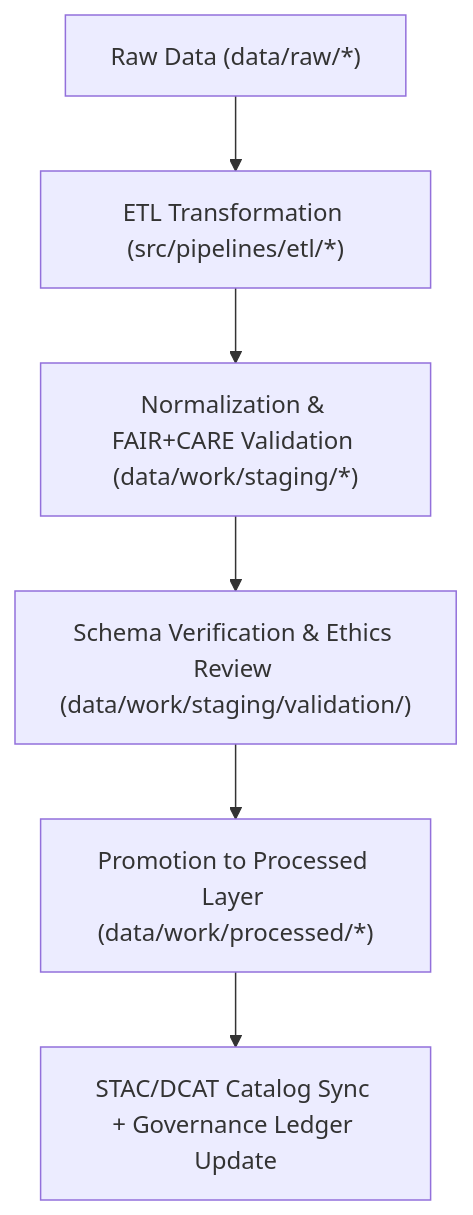
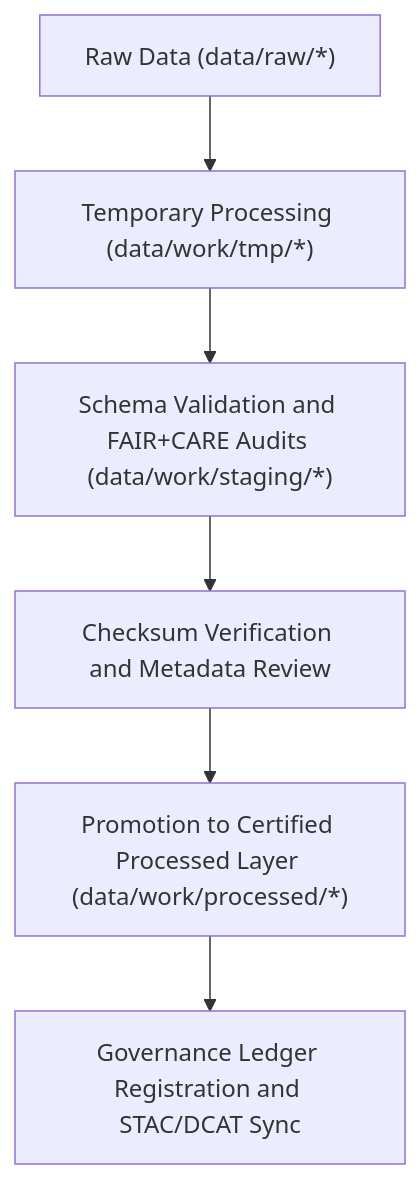
The diagram in data/work/staging/README.md (bartytime4life/Kansas-Frontier-Matrix), drawn with Mermaid before and after one commit. The commit also changed other lines of this file, not shown here.

First line of the commit message:
Update README with new version and governance details

````diff
--- a/data/work/staging/README.md
+++ b/data/work/staging/README.md
@@ -79,8 +74,8 @@
 ```mermaid
 flowchart TD
-    A["Raw Data (data/raw/*)"] --> B["ETL Transformation (src/pipelines/etl/*)"]
-    B --> C["Normalization & FAIR+CARE Validation (data/work/staging/*)"]
-    C --> D["Schema Verification & Ethics Review (data/work/staging/validation/)"]
-    D --> E["Promotion to Processed Layer (data/work/processed/*)"]
-    E --> F["STAC/DCAT Catalog Sync + Governance Ledger Update"]
+    A["Raw Data (data/raw/*)"] --> B["Temporary Processing (data/work/tmp/*)"]
+    B --> C["Schema Validation and FAIR+CARE Audits (data/work/staging/*)"]
+    C --> D["Checksum Verification and Metadata Review"]
+    D --> E["Promotion to Certified Processed Layer (data/work/processed/*)"]
+    E --> F["Governance Ledger Registration and STAC/DCAT Sync"]
 ```
````
